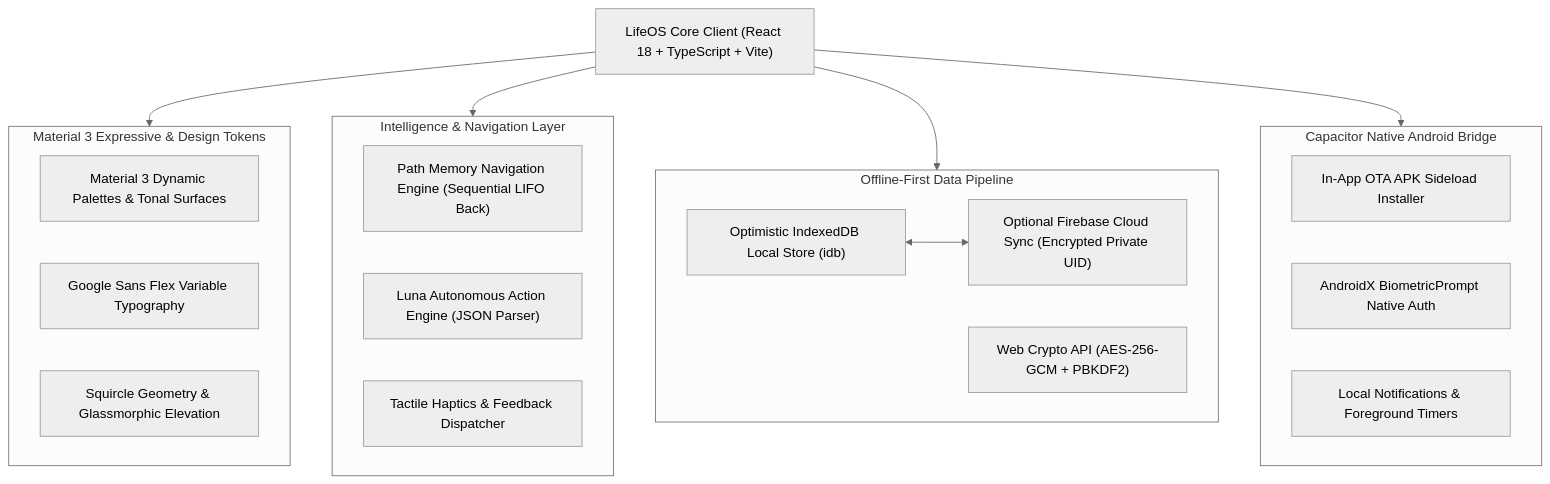
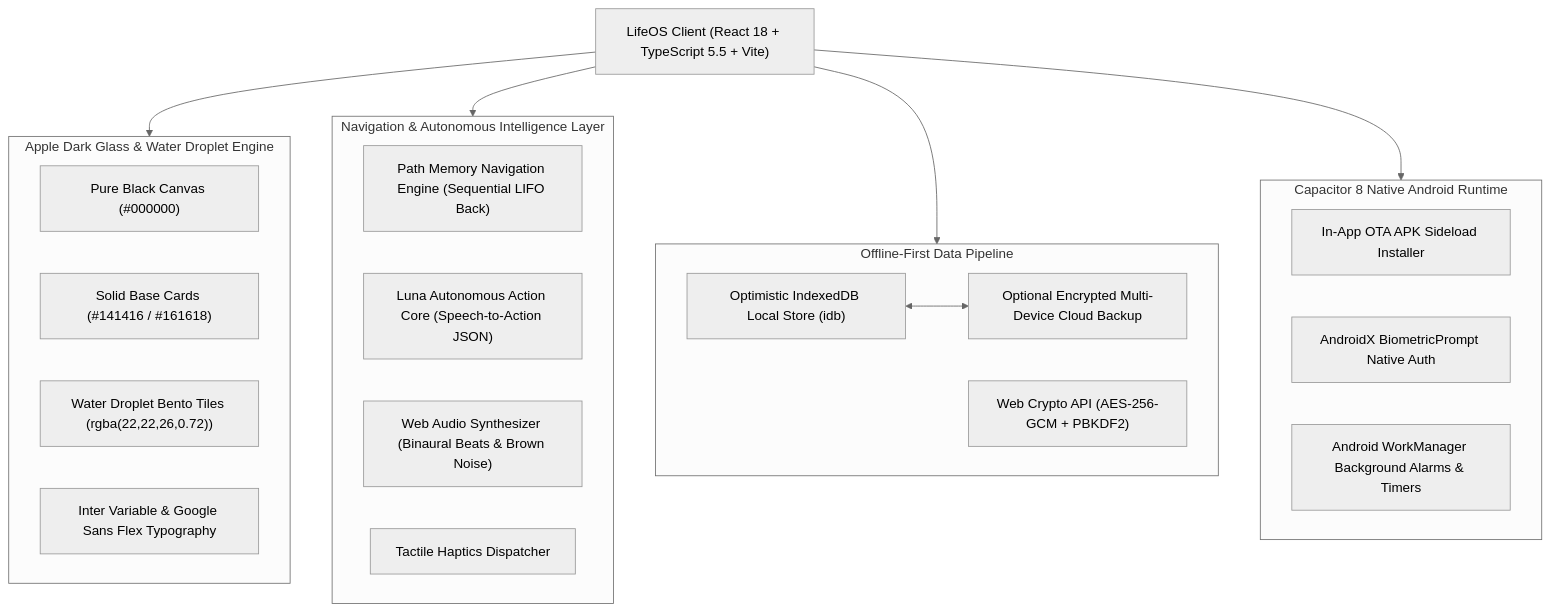
One commit to Avineesh-G/LIFEOS changed the second of 2 diagrams in README.md. Above: the diagram before and after it, drawn with Mermaid (neutral theme). The commit also changed other lines of this file and 1 other file, not shown here.

Commit message:
docs: remake README with Apple Dark Glass design system, daily workflows & update showcase website

````diff
--- a/README.md
+++ b/README.md
@@ -112,34 +193,36 @@
 ```mermaid
 graph TD
-    Client["LifeOS Core Client (React 18 + TypeScript + Vite)"]
-    
-    subgraph UI_SYSTEM ["Material 3 Expressive & Design Tokens"]
-        M3["Material 3 Dynamic Palettes & Tonal Surfaces"]
-        Typography["Google Sans Flex Variable Typography"]
-        Squircle["Squircle Geometry & Glassmorphic Elevation"]
+    Client["LifeOS Client (React 18 + TypeScript 5.5 + Vite)"]
+
+    subgraph DESIGN_SYSTEM ["Apple Dark Glass & Water Droplet Engine"]
+        Canvas["Pure Black Canvas (#000000)"]
+        MainCard["Solid Base Cards (#141416 / #161618)"]
+        Droplet["Water Droplet Bento Tiles (rgba(22,22,26,0.72))"]
+        Typography["Inter Variable & Google Sans Flex Typography"]
     end
 
-    subgraph ENGINE ["Intelligence & Navigation Layer"]
+    subgraph ENGINE_CORE ["Navigation & Autonomous Intelligence Layer"]
         NavPath["Path Memory Navigation Engine (Sequential LIFO Back)"]
-        LunaAI["Luna Autonomous Action Engine (JSON Parser)"]
-        HapticsEngine["Tactile Haptics & Feedback Dispatcher"]
+        LunaAI["Luna Autonomous Action Core (Speech-to-Action JSON)"]
+        SoundEngine["Web Audio Synthesizer (Binaural Beats & Brown Noise)"]
+        Haptics["Tactile Haptics Dispatcher"]
     end
 
-    subgraph STORAGE ["Offline-First Data Pipeline"]
+    subgraph STORAGE_PIPELINE ["Offline-First Data Pipeline"]
         IndexedDB["Optimistic IndexedDB Local Store (idb)"]
-        CloudSync["Optional Firebase Cloud Sync (Encrypted Private UID)"]
         CryptoEngine["Web Crypto API (AES-256-GCM + PBKDF2)"]
+        CloudBackup["Optional Encrypted Multi-Device Cloud Backup"]
     end
 
-    subgraph NATIVE ["Capacitor Native Android Bridge"]
+    subgraph NATIVE_BRIDGE ["Capacitor 8 Native Android Runtime"]
         ApkInstaller["In-App OTA APK Sideload Installer"]
         BiometricPrompt["AndroidX BiometricPrompt Native Auth"]
-        CapacitorPlugins["Local Notifications & Foreground Timers"]
+        WorkManager["Android WorkManager Background Alarms & Timers"]
     end
 
-    Client --> UI_SYSTEM
-    Client --> ENGINE
-    Client --> STORAGE
-    Client --> NATIVE
-    IndexedDB <--> CloudSync
+    Client --> DESIGN_SYSTEM
+    Client --> ENGINE_CORE
+    Client --> STORAGE_PIPELINE
+    Client --> NATIVE_BRIDGE
+    IndexedDB <--> CloudBackup
 ```
````
